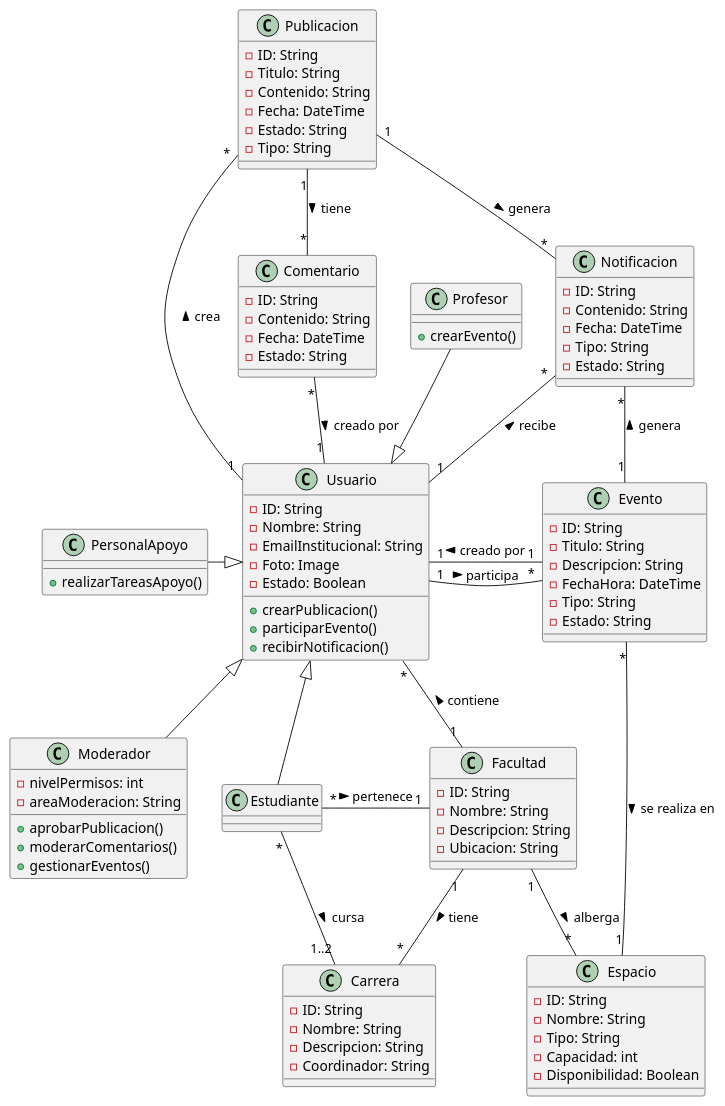
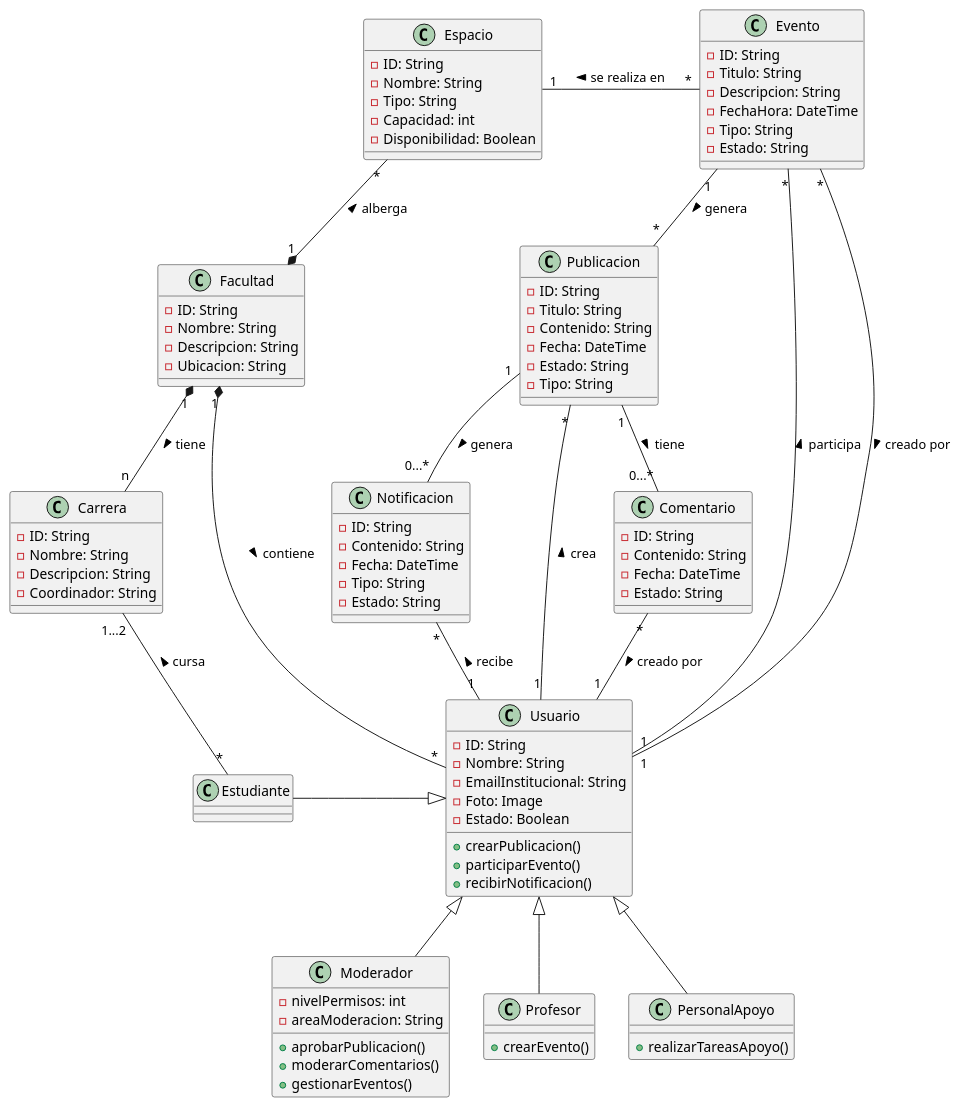
One commit to Danfloca02/Project_IngSoftware_Team2 changed the diagram in Diagrams/DomainModel.plantuml. Above: the diagram before and after it, drawn with PlantUML. The commit also changed 1 other file, not shown here.

Commit message:
composicion + eliminación conexión estudiante - facultad

```diff
--- a/Diagrams/DomainModel.plantuml
+++ b/Diagrams/DomainModel.plantuml
@@ -3,116 +3,115 @@
 @startuml DomainModel
 
 class Usuario {
   -ID: String
   -Nombre: String
   -EmailInstitucional: String
   -Foto: Image
   -Estado: Boolean
 
   +crearPublicacion()
   +participarEvento()
   +recibirNotificacion()
 }
 
 class Moderador {
   -nivelPermisos: int
   -areaModeracion: String
 
   +aprobarPublicacion()
   +moderarComentarios()
   +gestionarEventos()
 }
 
 class Estudiante {
 }
 
 class Profesor {
   +crearEvento()
 }
 
 class PersonalApoyo {
   +realizarTareasApoyo()
 }
 
 class Facultad {
   -ID: String
   -Nombre: String
   -Descripcion: String
   -Ubicacion: String
 }
 
 class Carrera {
   -ID: String
   -Nombre: String
   -Descripcion: String
   -Coordinador: String
 }
 
 class Evento {
   -ID: String
   -Titulo: String
   -Descripcion: String
   -FechaHora: DateTime
   -Tipo: String
   -Estado: String
 }
 
 class Notificacion {
   -ID: String
   -Contenido: String
   -Fecha: DateTime
   -Tipo: String
   -Estado: String
 }
 
 class Espacio {
   -ID: String
   -Nombre: String
   -Tipo: String
   -Capacidad: int
   -Disponibilidad: Boolean
 }
 
 class Publicacion {
   -ID: String
   -Titulo: String
   -Contenido: String
   -Fecha: DateTime
   -Estado: String
   -Tipo: String
 }
 
 class Comentario {
   -ID: String
   -Contenido: String
   -Fecha: DateTime
   -Estado: String
 }
 
 ' Relaciones
 Moderador -up-|> Usuario
-Profesor -down-|> Usuario
-Estudiante -up-|> Usuario
-PersonalApoyo -right-|> Usuario
+Profesor -up-|> Usuario
+Estudiante -right-|> Usuario
+PersonalApoyo -up-|> Usuario
 
 Usuario "1" -up- "*" Publicacion: crea >
-Usuario "1" -right- "*" Evento: participa >
+Usuario "1" -up- "*" Evento: participa >
 Usuario "1" -up- "*" Notificacion: recibe >
 
-Estudiante "*" -right- "1" Facultad: pertenece >
-Estudiante "*" -down- "1..2" Carrera: cursa >
+Estudiante "*" -up- "1...2" Carrera: cursa >
 
-Facultad "1" -- "*" Carrera: tiene >
-Facultad "1" -- "*" Usuario: contiene >
-Facultad "1" -- "*" Espacio: alberga >
+Facultad "1" *-down- "n" Carrera: tiene >
+Facultad "1" *-down- "*" Usuario: contiene >
+Facultad "1" *-up- "*" Espacio: alberga >
 
-Evento "1" -- "1" Usuario: creado por >
-Evento "*" -- "1" Espacio: se realiza en >
-Evento "1" -- "*" Notificacion: genera >
+Evento "*" -down- "1" Usuario: creado por >
+Evento "*" -left- "1" Espacio: se realiza en >
+Evento "1" -- "*" Publicacion: genera >
 
-Publicacion "1" -- "*" Comentario: tiene >
-Publicacion "1" -- "*" Notificacion: genera >
+Publicacion "1" -- "0...*" Comentario: tiene >
+Publicacion "1" -- "0...*" Notificacion: genera >
 
-Comentario "*" -- "1" Usuario: creado por >
+Comentario "*" -down- "1" Usuario: creado por >
 
 @enduml
```
